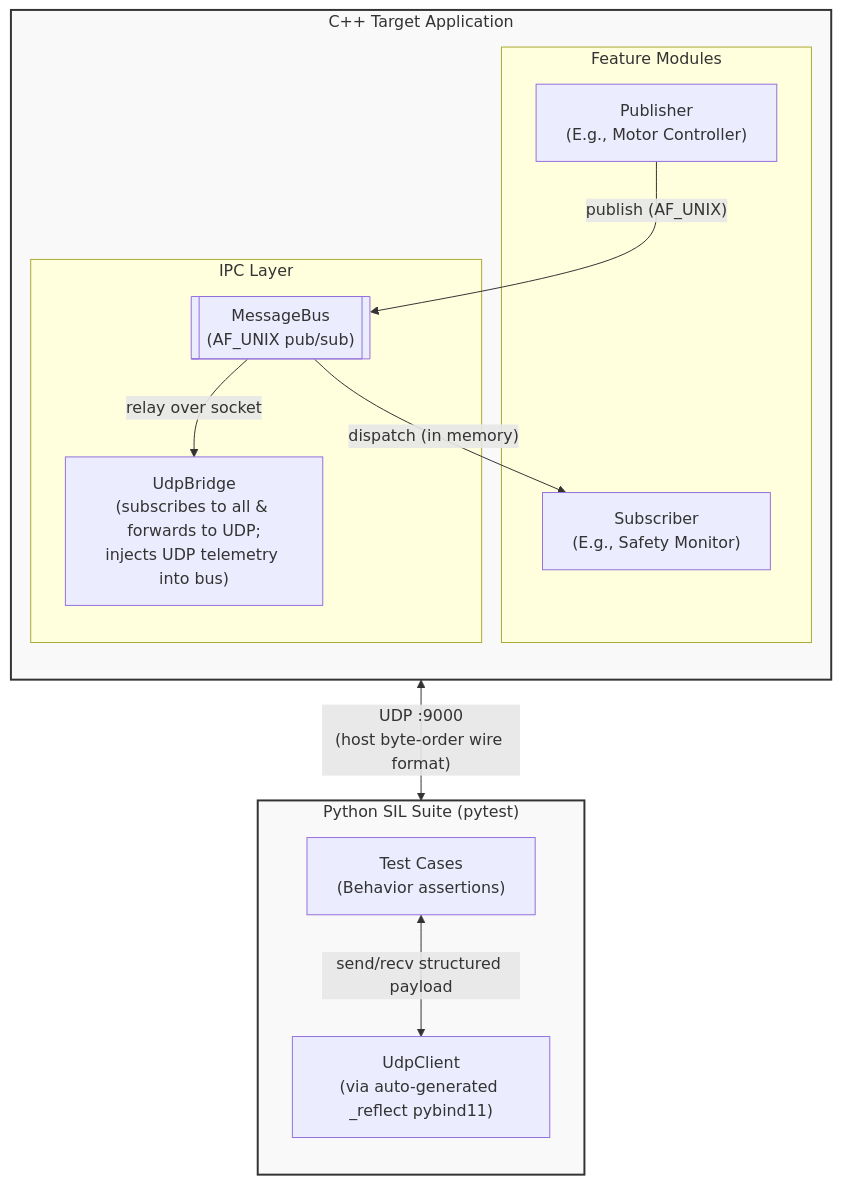
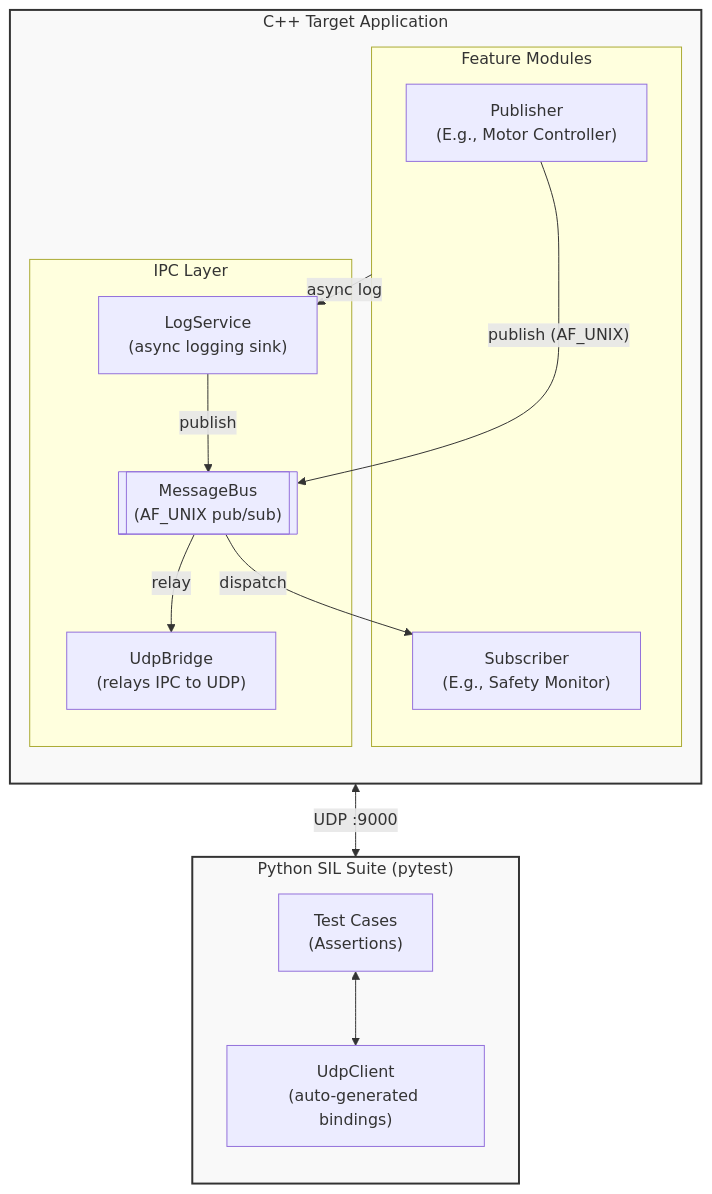
One commit to AxelBjork/reflect_pytest changed the diagram in README.md. Above: the diagram before and after it, drawn with Mermaid. The commit also changed other lines of this file and 19 other files, not shown here.

````diff
--- a/README.md
+++ b/README.md
@@ -12,33 +12,36 @@
 ```mermaid
 flowchart TD
     subgraph cpp["C++ Target Application"]
         direction TB
         
         subgraph modules["Feature Modules"]
             PUB["Publisher<br/>(E.g., Motor Controller)"]
             SUB["Subscriber<br/>(E.g., Safety Monitor)"]
         end
 
         subgraph ipc["IPC Layer"]
             BUS[["MessageBus<br/>(AF_UNIX pub/sub)"]]
-            BRIDGE["UdpBridge<br/>(subscribes to all & forwards to UDP;<br/>injects UDP telemetry into bus)"]
+            BRIDGE["UdpBridge<br/>(relays IPC to UDP)"]
+            LOGS["LogService<br/>(async logging sink)"]
         end
 
-        PUB -- "publish<MotorCmd> (AF_UNIX)" --> BUS
-        BUS -- "dispatch (in memory)" --> SUB
-        BUS -- "relay over socket" --> BRIDGE
+        PUB -- "publish (AF_UNIX)" --> BUS
+        BUS -- "dispatch" --> SUB
+        BUS -- "relay" --> BRIDGE
+        modules -- "async log" --> LOGS
+        LOGS -- "publish" --> BUS
     end
 
     subgraph py["Python SIL Suite (pytest)"]
         direction TB
-        TEST["Test Cases<br/>(Behavior assertions)"]
-        CLIENT["UdpClient<br/>(via auto-generated _reflect pybind11)"]
+        TEST["Test Cases<br/>(Assertions)"]
+        CLIENT["UdpClient<br/>(auto-generated bindings)"]
         
-        TEST -- "send/recv structured payload" <--> CLIENT
+        TEST <--> CLIENT
     end
 
-    BRIDGE <-->|"UDP :9000<br/>(host byte-order wire format)"| CLIENT
+    BRIDGE <-->|"UDP :9000"| CLIENT
 
     classDef proc fill:#f9f9f9,stroke:#333,stroke-width:2px;
     class cpp,py proc;
 ```
````
